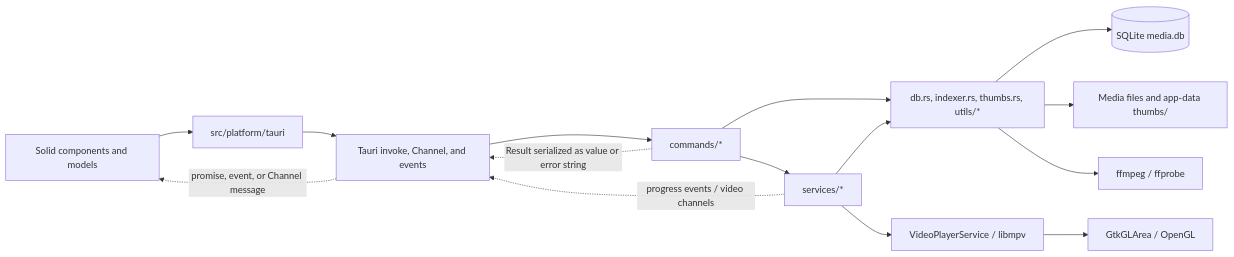
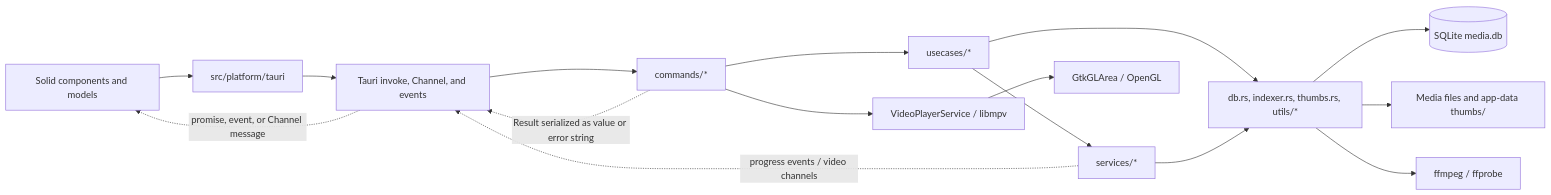
One commit to DawidRoguziak/tagrove changed the first of 2 diagrams in docs/architecture/system-overview.md. Above: the diagram before and after it, drawn with Mermaid. The commit also changed other lines of this file and 30 other files, not shown here.

````diff
--- a/docs/architecture/system-overview.md
+++ b/docs/architecture/system-overview.md
@@ -11,26 +11,28 @@
 ```mermaid
 flowchart LR
     UI["Solid components and models"]
     API["src/platform/tauri"]
     IPC["Tauri invoke, Channel, and events"]
     CMD["commands/*"]
+    UC["usecases/*"]
     SVC["services/*"]
     CORE["db.rs, indexer.rs, thumbs.rs, utils/*"]
     DB[("SQLite media.db")]
     FS["Media files and app-data thumbs/"]
     TOOLS["ffmpeg / ffprobe"]
     VIDEO["VideoPlayerService / libmpv"]
     GTK["GtkGLArea / OpenGL"]
 
     UI --> API --> IPC --> CMD
-    CMD --> SVC
-    CMD --> CORE
+    CMD --> UC
+    UC --> SVC
+    UC --> CORE
     SVC --> CORE
     CORE --> DB
     CORE --> FS
     CORE --> TOOLS
-    SVC --> VIDEO --> GTK
+    CMD --> VIDEO --> GTK
     CMD -. "Result serialized as value or error string" .-> IPC
     SVC -. "progress events / video channels" .-> IPC
     IPC -. "promise, event, or Channel message" .-> UI
 ```
````
